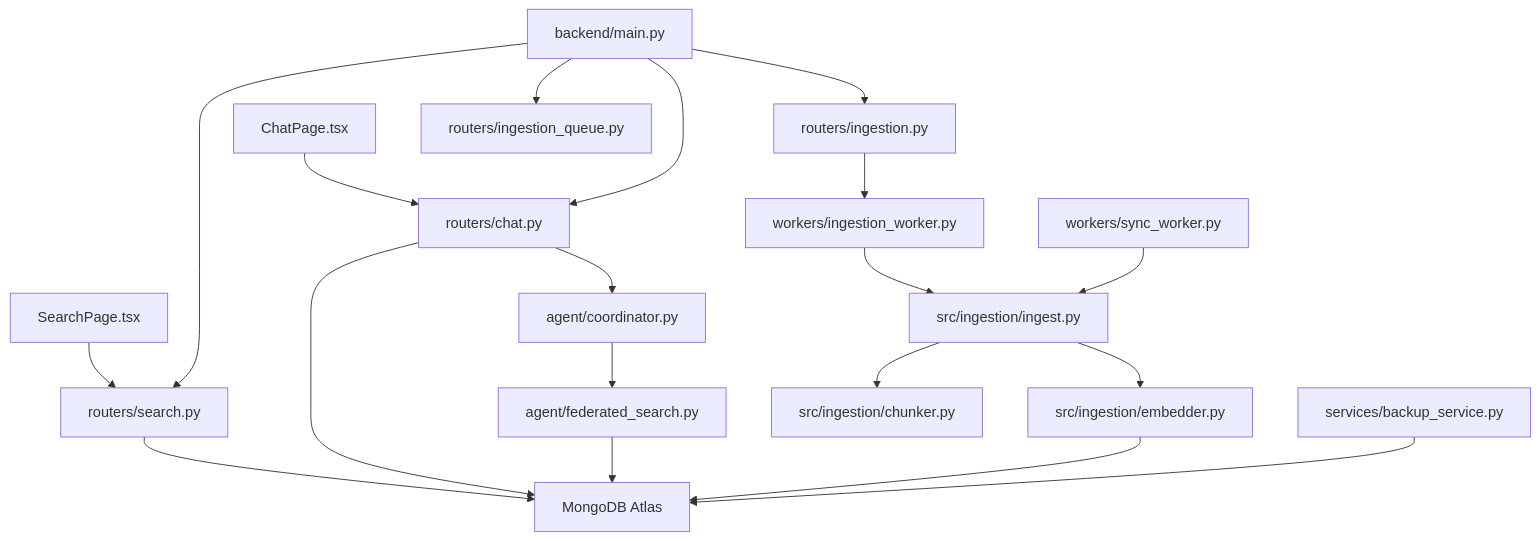
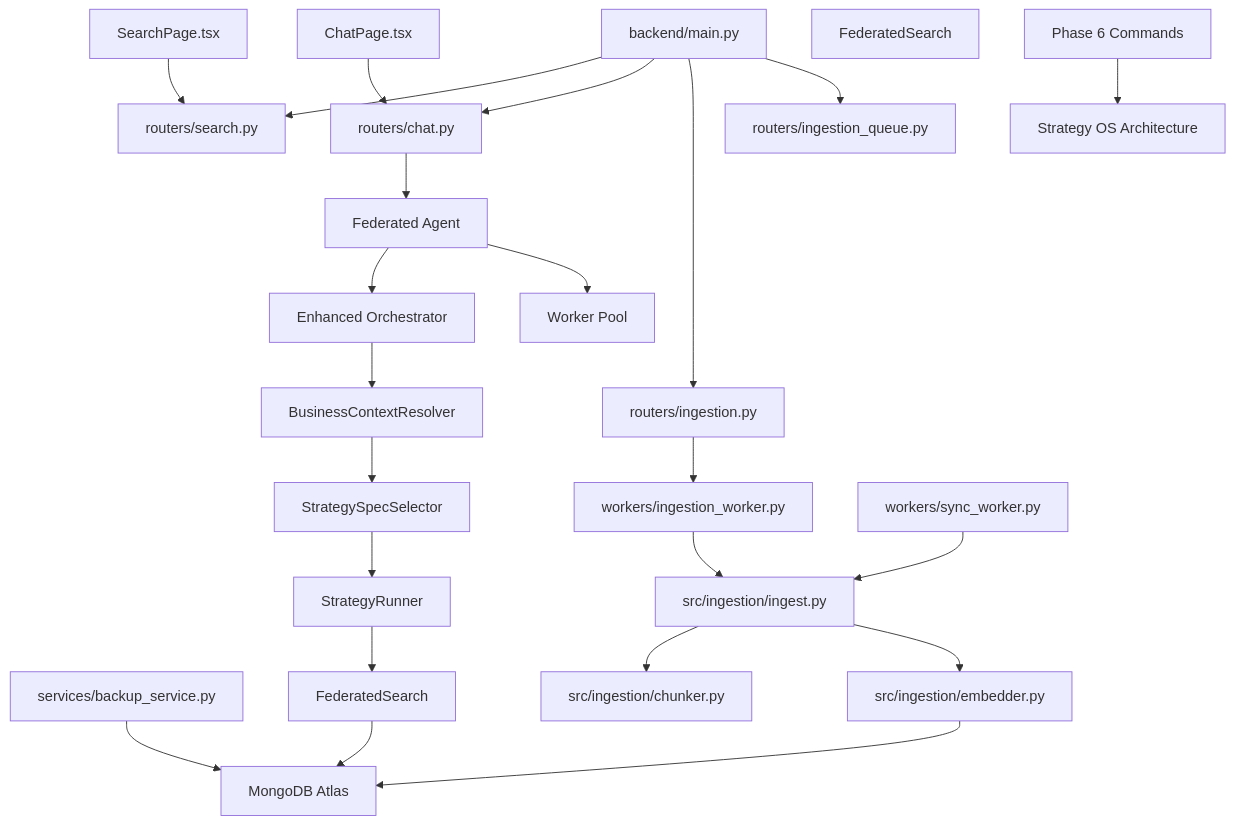
One commit to emanuelplopu/MongoDB-RAG-Agent changed the third of 12 diagrams in .qoder/repowiki/en/content/Core Features/Core Features.md. Above: the diagram before and after it, drawn with Mermaid. The commit also changed other lines of this file and 4 other files, not shown here.

First line of the commit message:
Add Strategy OS docs and update API refs

````diff
--- a/.qoder/repowiki/en/content/Core Features/Core Features.md
+++ b/.qoder/repowiki/en/content/Core Features/Core Features.md
@@ -163,37 +251,48 @@
 ```mermaid
 graph TB
 UI_Search["SearchPage.tsx"]
 UI_Chat["ChatPage.tsx"]
 API_Main["backend/main.py"]
 API_Search["routers/search.py"]
 API_Chat["routers/chat.py"]
 API_Ingest["routers/ingestion.py"]
 API_Queue["routers/ingestion_queue.py"]
-Agent["agent/coordinator.py"]
-FedSearch["agent/federated_search.py"]
+StrategyOS["Strategy OS Architecture"]
+BusinessCtx["BusinessContextResolver"]
+SpecSelector["StrategySpecSelector"]
+StrategyRunner["StrategyRunner"]
+FederatedAgent["Federated Agent"]
+EnhancedOrchestrator["Enhanced Orchestrator"]
+WorkerPool["Worker Pool"]
+FedSearch["FederatedSearch"]
 DB["MongoDB Atlas"]
 Worker["workers/ingestion_worker.py"]
 SyncWorker["workers/sync_worker.py"]
 BackupService["services/backup_service.py"]
 Pipeline["src/ingestion/ingest.py"]
 Chunker["src/ingestion/chunker.py"]
 Embedder["src/ingestion/embedder.py"]
+CLI["Phase 6 Commands"]
 UI_Search --> API_Search
 UI_Chat --> API_Chat
 API_Main --> API_Search
 API_Main --> API_Chat
 API_Main --> API_Ingest
 API_Main --> API_Queue
-API_Search --> DB
-API_Chat --> DB
-API_Chat --> Agent
-Agent --> FedSearch
-FedSearch --> DB
+API_Chat --> FederatedAgent
+FederatedAgent --> EnhancedOrchestrator
+FederatedAgent --> WorkerPool
+EnhancedOrchestrator --> BusinessCtx
+BusinessCtx --> SpecSelector
+SpecSelector --> StrategyRunner
+StrategyRunner --> FederatedSearch
+FederatedSearch --> DB
 API_Ingest --> Worker
 Worker --> Pipeline
 SyncWorker --> Pipeline
 Pipeline --> Chunker
 Pipeline --> Embedder
 Embedder --> DB
 BackupService --> DB
+CLI --> StrategyOS
 ```
````
